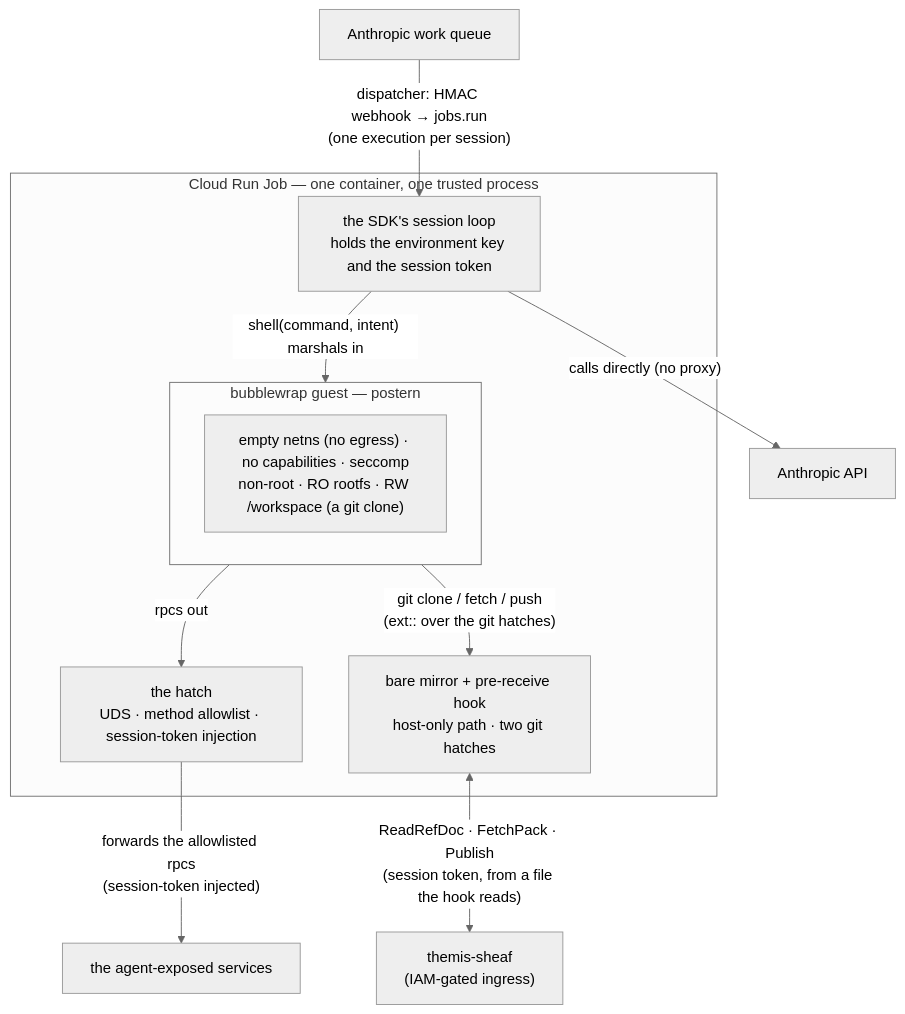
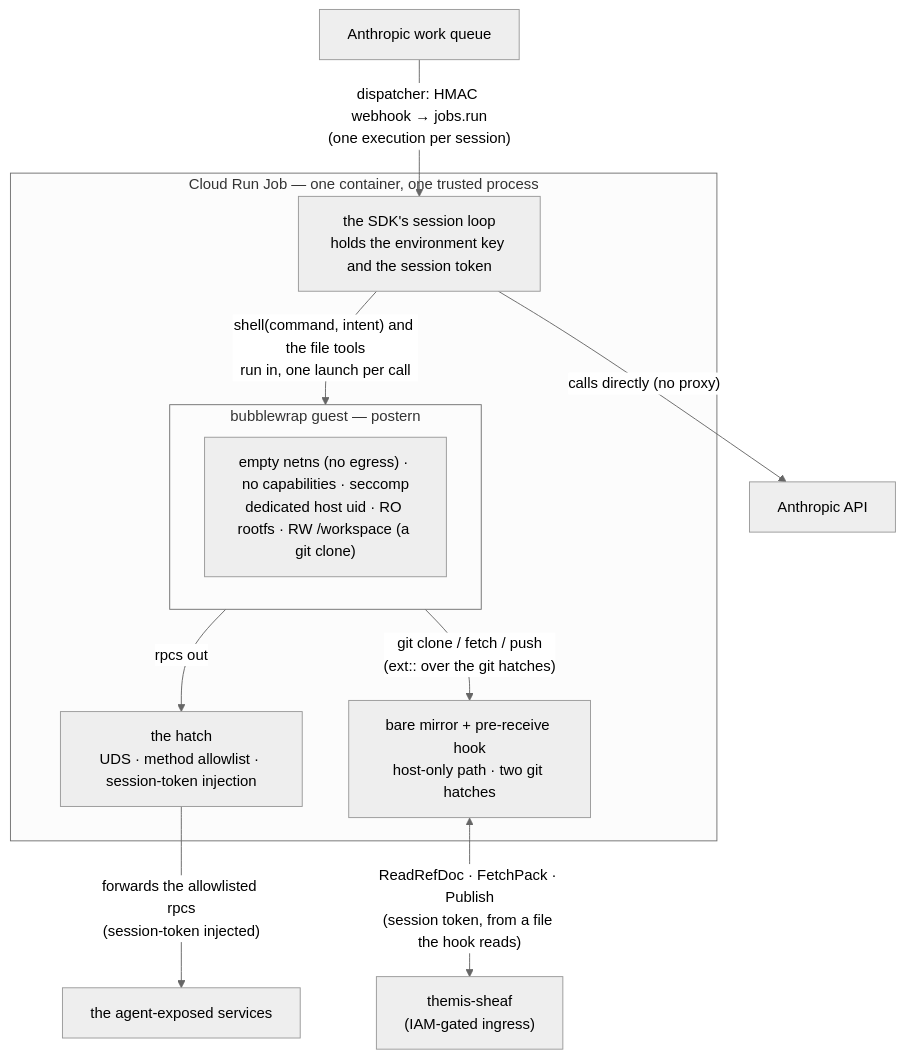
Before and after one commit to populationgenomics/themis: the first of 2 diagrams in docs/design/sandbox-worker.md, drawn with Mermaid (neutral theme). The commit also changed other lines of this file and 2 other files, not shown here.

````diff
--- a/docs/design/sandbox-worker.md
+++ b/docs/design/sandbox-worker.md
@@ -89,21 +101,21 @@
 ```mermaid
 flowchart TB
     wq["Anthropic work queue"]
     wq -->|"dispatcher: HMAC webhook → jobs.run<br/>(one execution per session)"| worker
 
     subgraph job["Cloud Run Job — one container, one trusted process"]
         worker["the SDK's session loop<br/>holds the environment key and the session token"]
         hatch["the hatch<br/>UDS · method allowlist · session-token injection"]
         mirror["bare mirror + pre-receive hook<br/>host-only path · two git hatches"]
         subgraph guest["bubblewrap guest — postern"]
-            iso["empty netns (no egress) · no capabilities · seccomp<br/>non-root · RO rootfs · RW /workspace (a git clone)"]
+            iso["empty netns (no egress) · no capabilities · seccomp<br/>dedicated host uid · RO rootfs · RW /workspace (a git clone)"]
         end
-        worker -->|"shell(command, intent) marshals in"| guest
+        worker -->|"shell(command, intent) and the file tools<br/>run in, one launch per call"| guest
         guest -->|"rpcs out"| hatch
         guest -->|"git clone / fetch / push<br/>(ext:: over the git hatches)"| mirror
     end
 
     worker -->|"calls directly (no proxy)"| anthropic["Anthropic API"]
     mirror <-->|"ReadRefDoc · FetchPack · Publish<br/>(session token, from a file the hook reads)"| sheaf["themis-sheaf<br/>(IAM-gated ingress)"]
     hatch -->|"forwards the allowlisted rpcs<br/>(session-token injected)"| upstreams["the agent-exposed services"]
 ```
````
